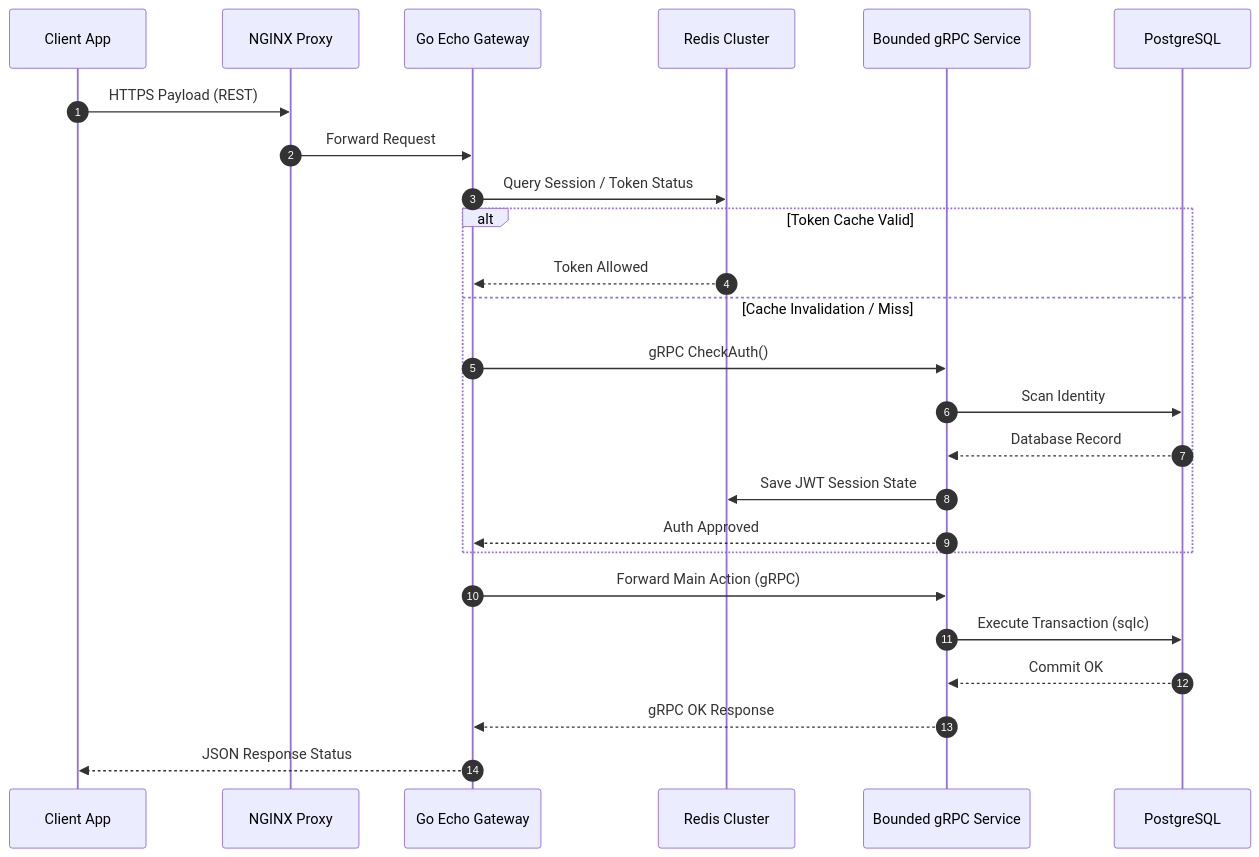
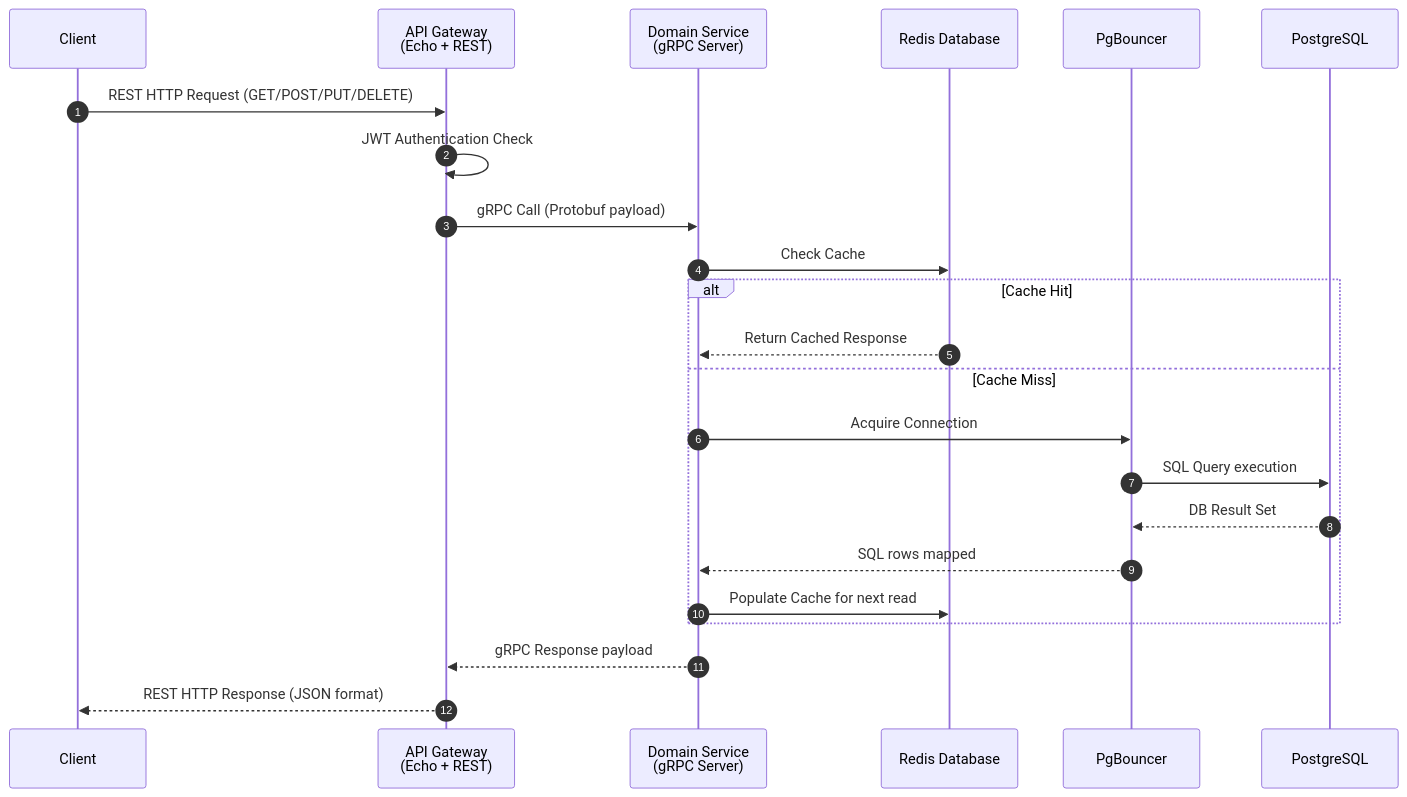
One commit to renaldyhidayatt/renaldyhidayatt.github.io changed the fourth of 8 diagrams in src/content/portfolio/microservice-payment-gateway.mdx. Above: the diagram before and after it, drawn with Mermaid. The commit also changed other lines of this file and 19 other files, not shown here.

Commit message:
refactor: overhaul project documentation with detailed architectural summaries and expanded domain-driven service specifications

````diff
--- a/src/content/portfolio/microservice-payment-gateway.mdx
+++ b/src/content/portfolio/microservice-payment-gateway.mdx
@@ -283,28 +308,26 @@
 ```mermaid
 sequenceDiagram
     autonumber
-    participant C as Client App
-    participant N as NGINX Proxy
-    participant GW as Go Echo Gateway
-    participant REDIS as Redis Cluster
-    participant SVC as Bounded gRPC Service
+    participant C as Client
+    participant GW as API Gateway<br/>(Echo + REST)
+    participant SVC as Domain Service<br/>(gRPC Server)
+    participant REDIS as Redis Database
+    participant PGB as PgBouncer
     participant DB as PostgreSQL
 
-    C->>N: HTTPS Payload (REST)
-    N->>GW: Forward Request
-    GW->>REDIS: Query Session / Token Status
-    alt Token Cache Valid
-        REDIS-->>GW: Token Allowed
-    else Cache Invalidation / Miss
-        GW->>SVC: gRPC CheckAuth()
-        SVC->>DB: Scan Identity
-        DB-->>SVC: Database Record
-        SVC->>REDIS: Save JWT Session State
-        SVC-->>GW: Auth Approved
+    C->>GW: REST HTTP Request (GET/POST/PUT/DELETE)
+    GW->>GW: JWT Authentication Check
+    GW->>SVC: gRPC Call (Protobuf payload)
+    SVC->>REDIS: Check Cache
+    alt Cache Hit
+        REDIS-->>SVC: Return Cached Response
+    else Cache Miss
+        SVC->>PGB: Acquire Connection
+        PGB->>DB: SQL Query execution
+        DB-->>PGB: DB Result Set
+        PGB-->>SVC: SQL rows mapped
+        SVC->>REDIS: Populate Cache for next read
     end
-    GW->>SVC: Forward Main Action (gRPC)
-    SVC->>DB: Execute Transaction (sqlc)
-    DB-->>SVC: Commit OK
-    SVC-->>GW: gRPC OK Response
-    GW-->>C: JSON Response Status
+    SVC-->>GW: gRPC Response payload
+    GW-->>C: REST HTTP Response (JSON format)
 ```
````
